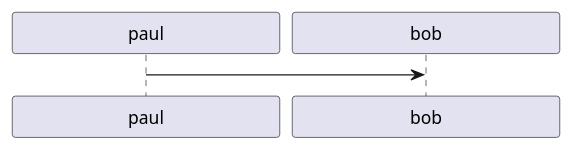
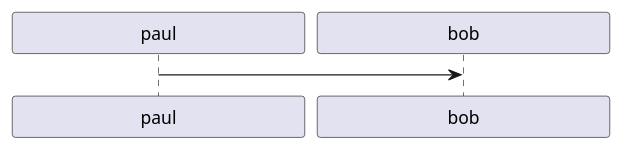
The diagram in test2.puml (rafaelbrandaof/plantuml), drawn with PlantUML before and after one commit. The commit also changed 3 other files, not shown here.

```diff
--- a/test2.puml
+++ b/test2.puml
@@ -1,4 +1,4 @@
 @startuml
-skinparam minClassWidth 200
+skinparam minClassWidth 220
 paul->bob
 @enduml
```
